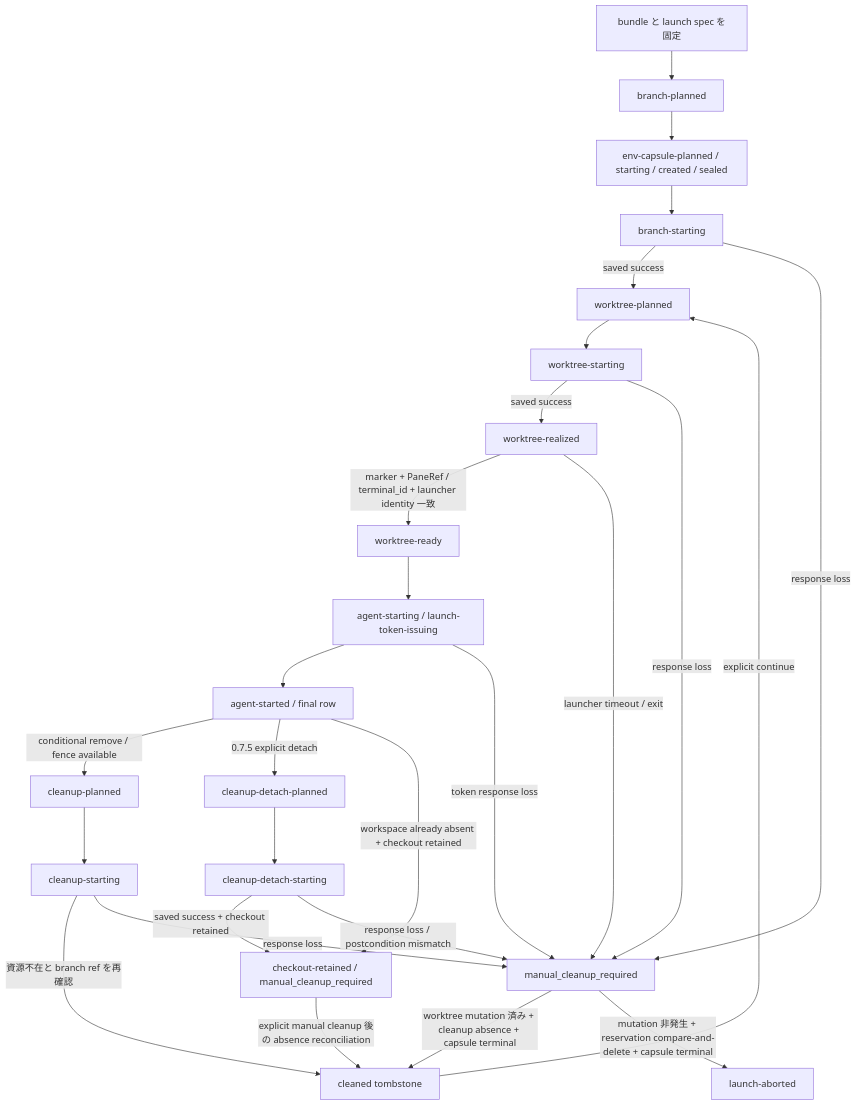
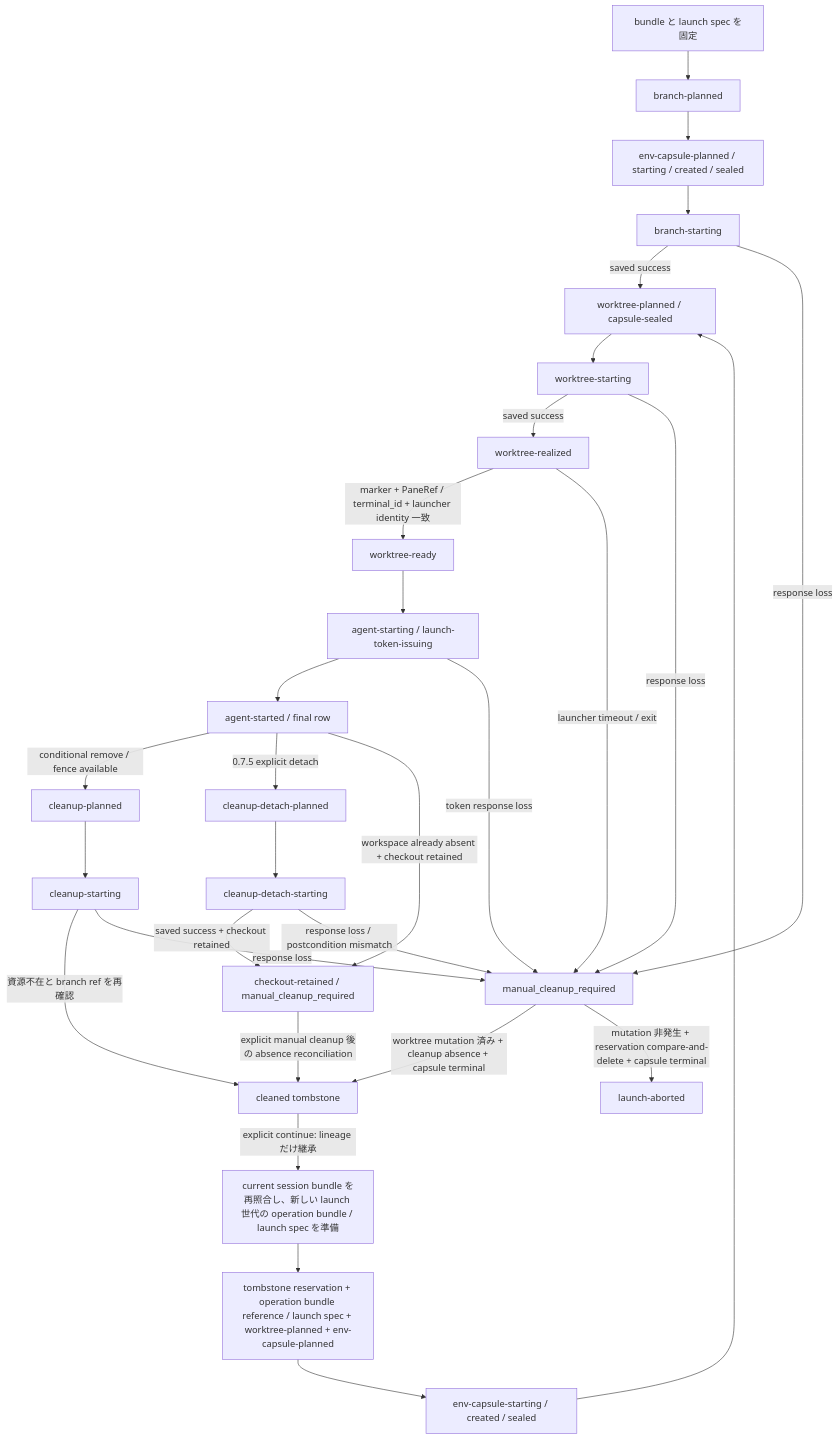
One commit to butaosuinu/fanout changed the diagram in docs/herdr-runtime-backend-spike.ja.md. Above: the diagram before and after it, drawn with Mermaid. The commit also changed other lines of this file, not shown here.

````diff
--- a/docs/herdr-runtime-backend-spike.ja.md
+++ b/docs/herdr-runtime-backend-spike.ja.md
@@ -559,29 +559,32 @@
 ```mermaid
 flowchart TD
   A["bundle と launch spec を固定"] --> B["branch-planned"]
   B --> EC["env-capsule-planned / starting / created / sealed"]
   EC --> C["branch-starting"]
-  C -->|saved success| D["worktree-planned"]
+  C -->|saved success| D["worktree-planned / capsule-sealed"]
   D --> E["worktree-starting"]
   E -->|saved success| F["worktree-realized"]
   F -->|marker + PaneRef / terminal_id + launcher identity 一致| WR["worktree-ready"]
   WR --> G["agent-starting / launch-token-issuing"]
   G --> H["agent-started / final row"]
   H -->|conditional remove / fence available| I["cleanup-planned"]
   H -->|0.7.5 explicit detach| DP["cleanup-detach-planned"]
   DP --> DS["cleanup-detach-starting"]
   DS -->|saved success + checkout retained| R["checkout-retained / manual_cleanup_required"]
   H -->|workspace already absent + checkout retained| R
   I --> J["cleanup-starting"]
   J -->|資源不在と branch ref を再確認| K["cleaned tombstone"]
   R -->|explicit manual cleanup 後の absence reconciliation| K
   X -->|worktree mutation 済み + cleanup absence + capsule terminal| K
   X -->|mutation 非発生 + reservation compare-and-delete + capsule terminal| LA["launch-aborted"]
-  K -->|explicit continue| D
+  K -->|explicit continue: lineage だけ継承| CA["current session bundle を再照合し、新しい launch 世代の operation bundle / launch spec を準備"]
+  CA --> CP["tombstone reservation + operation bundle reference / launch spec + worktree-planned + env-capsule-planned"]
+  CP --> CC["env-capsule-starting / created / sealed"]
+  CC --> D
   C -->|response loss| X["manual_cleanup_required"]
   E -->|response loss| X
   F -->|launcher timeout / exit| X
   G -->|token response loss| X
   DS -->|response loss / postcondition mismatch| X
   J -->|response loss| X
 ```
````
